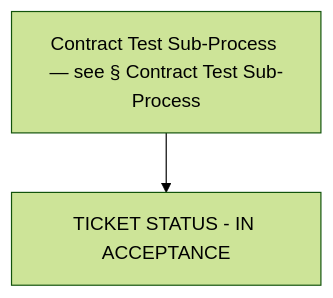
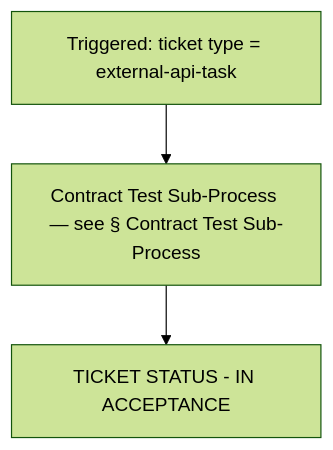
Before and after one commit to optivem/starter: the eighth of 10 diagrams in docs/atdd/process/diagram-process.md, drawn with Mermaid (forest theme). The commit also changed other lines of this file and 2 other files, not shown here.

````diff
--- a/docs/atdd/process/diagram-process.md
+++ b/docs/atdd/process/diagram-process.md
@@ -241,7 +267,9 @@
 ```mermaid
 flowchart TD
+    ENTRY[Triggered: ticket type = external-api-task]
     CT_SUB[Contract Test Sub-Process — see § Contract Test Sub-Process]
-    IN_ACCEPTANCE[TICKET STATUS - IN ACCEPTANCE]
+    INACC[TICKET STATUS - IN ACCEPTANCE]
 
-    CT_SUB --> IN_ACCEPTANCE
+    ENTRY --> CT_SUB
+    CT_SUB --> INACC
 ```
````
